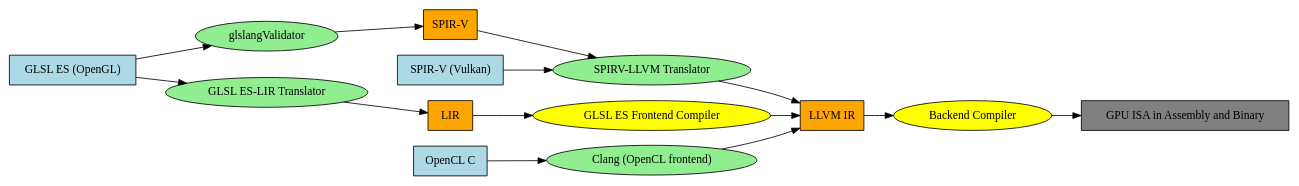
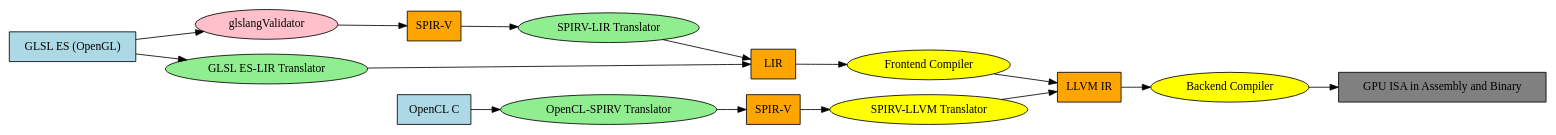
One commit to Jonathan2251/ws changed the diagram in images/Hisilicon.gv. Above: the diagram before and after it, drawn with Graphviz. The commit also changed 1 other file, not shown here.

```diff
--- a/images/Hisilicon.gv
+++ b/images/Hisilicon.gv
@@ -1,38 +1,39 @@
 digraph ShaderToLLVMIR {
     rankdir=LR;
     node [shape=record, style=filled, color=black];
 
     // Source Languages
     GLSL [label="GLSL ES (OpenGL)", fillcolor=lightblue];
-    Vulkan_SPIRV [label="SPIR-V (Vulkan)", fillcolor=lightblue];
     OpenCL_C [label="OpenCL C", fillcolor=lightblue];
 
     // Intermediate Representation
     SPIRV [label="SPIR-V", fillcolor=orange];
+    SPIRV2 [label="SPIR-V", fillcolor=orange];
 
     LIR [label="LIR", fillcolor=orange];
 
     GPU_ISA [label="GPU ISA in Assembly and Binary", fillcolor=grey];
 
     // LLVM IR
     LLVM_IR [label="LLVM IR", fillcolor=orange];
 
     // Tools with oval shapes
     node [shape=oval, style=filled, fillcolor=lightgreen];
-    Glslang [label="glslangValidator"];
-    Clang [label="Clang (OpenCL frontend)"];
-    SPIRV_LLVM [label="SPIRV-LLVM Translator"];
+    Glslang [label="glslangValidator", fillcolor=pink];
+    CL_SPIRV [label="OpenCL-SPIRV Translator"];
     GLSL_LIR [label="GLSL ES-LIR Translator"];
+    SPIRV_LIR [label="SPIRV-LIR Translator"];
 
     // Tools with oval shapes
     node [shape=oval, style=filled, fillcolor=yellow];
-    LIR_LLVM [label="GLSL ES Frontend Compiler"];
+    LIR_LLVM [label="Frontend Compiler"];
+    SPIRV_LLVM [label="SPIRV-LLVM Translator"];
     LLVMCompiler [label="Backend Compiler"];
 
     // Edges
     GLSL -> GLSL_LIR -> LIR -> LIR_LLVM -> LLVM_IR;
-    GLSL -> Glslang -> SPIRV -> SPIRV_LLVM -> LLVM_IR;
-    Vulkan_SPIRV -> SPIRV_LLVM;
-    OpenCL_C -> Clang -> LLVM_IR;
+    GLSL -> Glslang -> SPIRV -> SPIRV_LIR -> LIR;
+    OpenCL_C -> CL_SPIRV -> SPIRV2;
+    SPIRV2 -> SPIRV_LLVM -> LLVM_IR;
     LLVM_IR -> LLVMCompiler -> GPU_ISA;
 }
```
